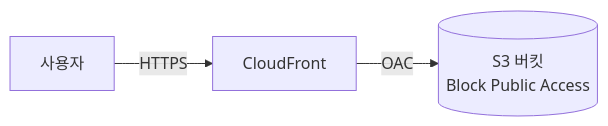
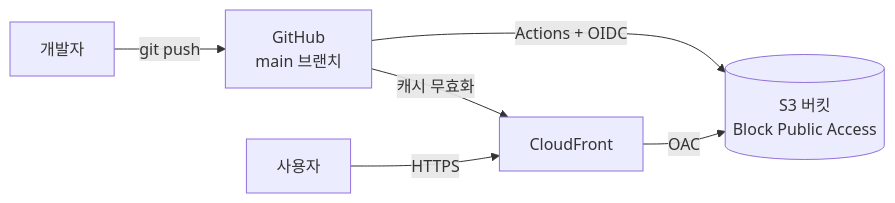
The diagram in README.md (03rldnjs/Static_Web_Hosting), drawn with Mermaid before and after one commit. The commit also changed other lines of this file, not shown here.

````diff
--- a/README.md
+++ b/README.md
@@ -36,5 +37,8 @@
 ```mermaid
 flowchart LR
-    U[사용자] -->|HTTPS| CF[CloudFront]
-    CF -->|OAC| S3[(S3 버킷<br/>Block Public Access)]
+    Dev[개발자] -->|git push| GH[GitHub<br/>main 브랜치]
+    GH -->|Actions + OIDC| S3[(S3 버킷<br/>Block Public Access)]
+    GH -->|캐시 무효화| CF[CloudFront]
+    U[사용자] -->|HTTPS| CF
+    CF -->|OAC| S3
 ```
````
